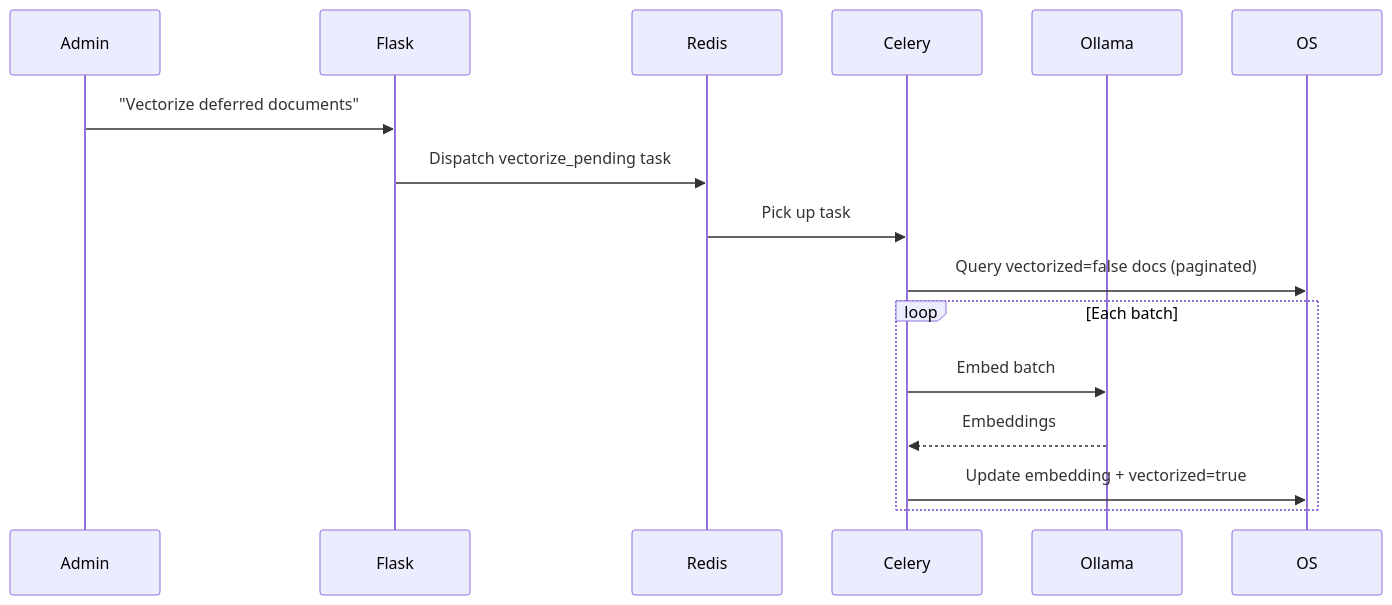
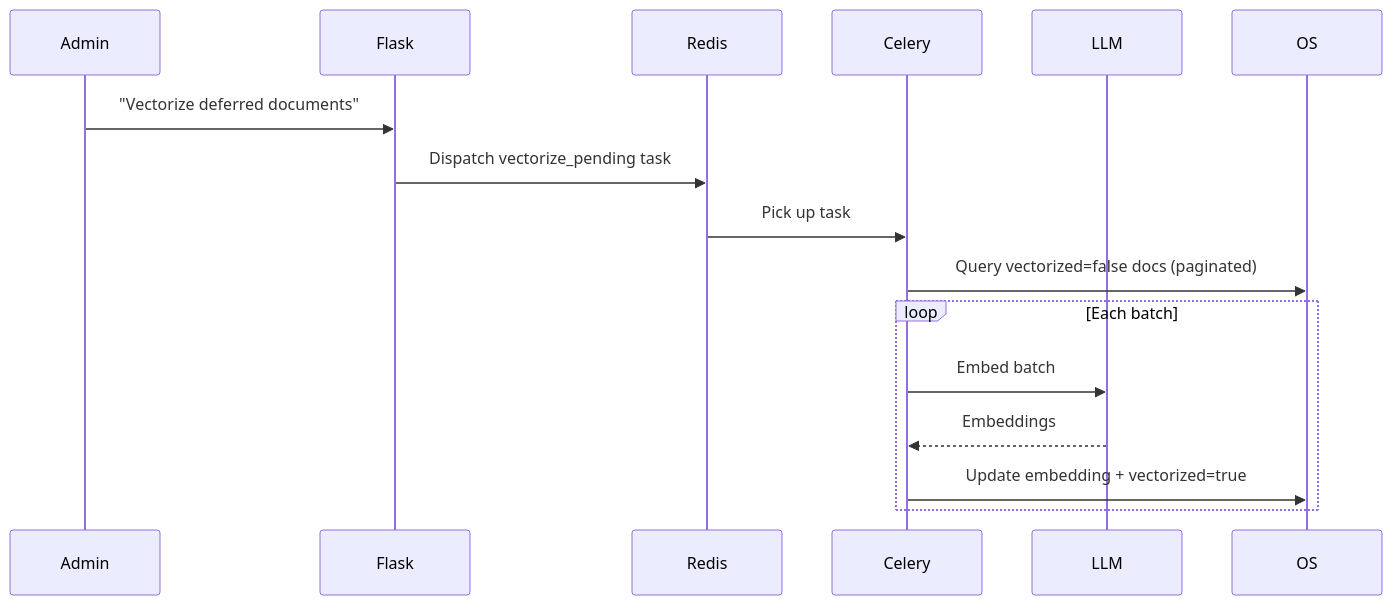
Before and after one commit to eyeclept/SHSE: the third of 5 diagrams in DesignDoc.md, drawn with Mermaid. The commit also changed other lines of this file and 14 other files, not shown here.

````diff
--- a/DesignDoc.md
+++ b/DesignDoc.md
@@ -290,19 +326,19 @@
 ```mermaid
 sequenceDiagram
     participant Admin
     participant Flask
     participant Redis
     participant Celery
-    participant Ollama
+    participant LLM
     participant OS
 
     Admin->>Flask: "Vectorize deferred documents"
     Flask->>Redis: Dispatch vectorize_pending task
     Redis->>Celery: Pick up task
     Celery->>OS: Query vectorized=false docs (paginated)
     loop Each batch
-        Celery->>Ollama: Embed batch
-        Ollama-->>Celery: Embeddings
+        Celery->>LLM: Embed batch
+        LLM-->>Celery: Embeddings
         Celery->>OS: Update embedding + vectorized=true
     end
 ```
````
